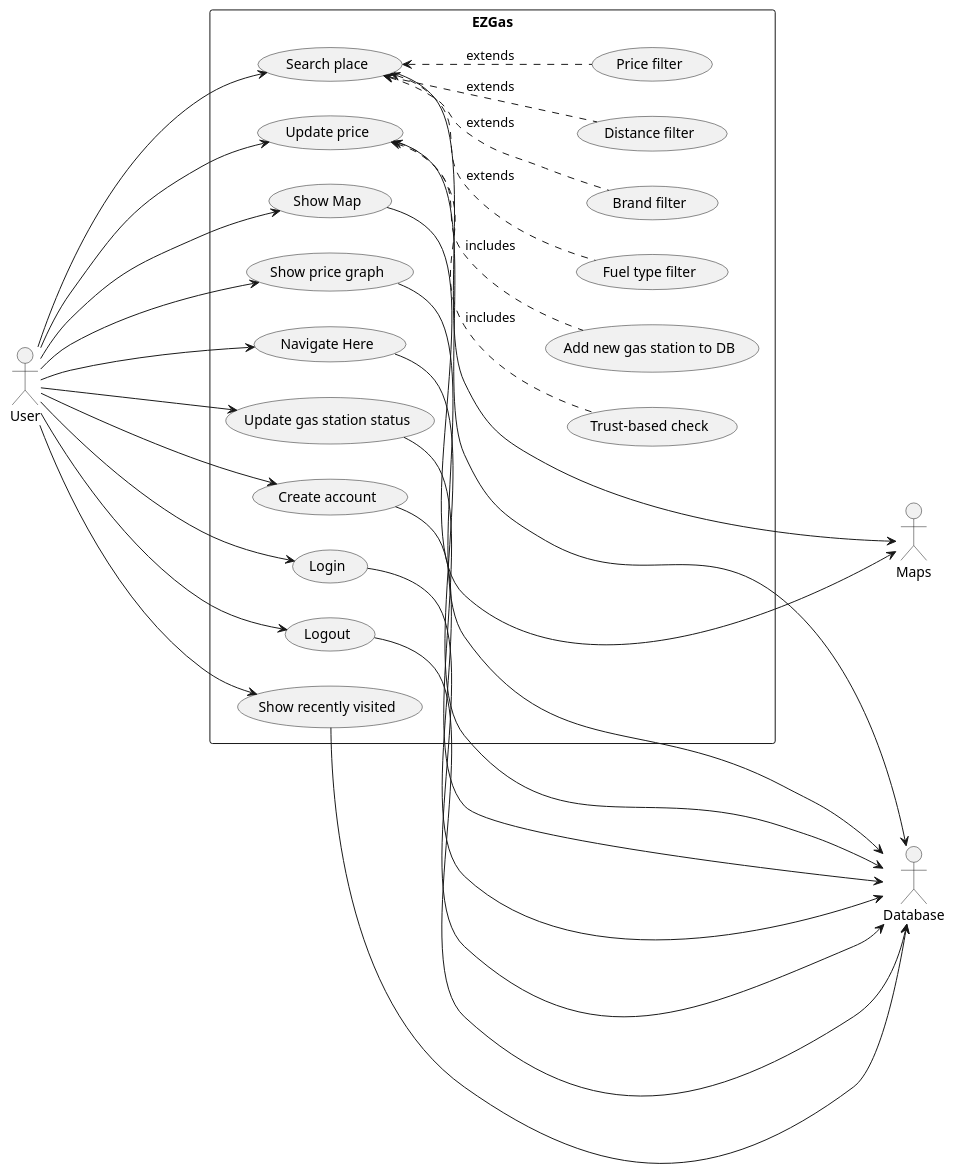
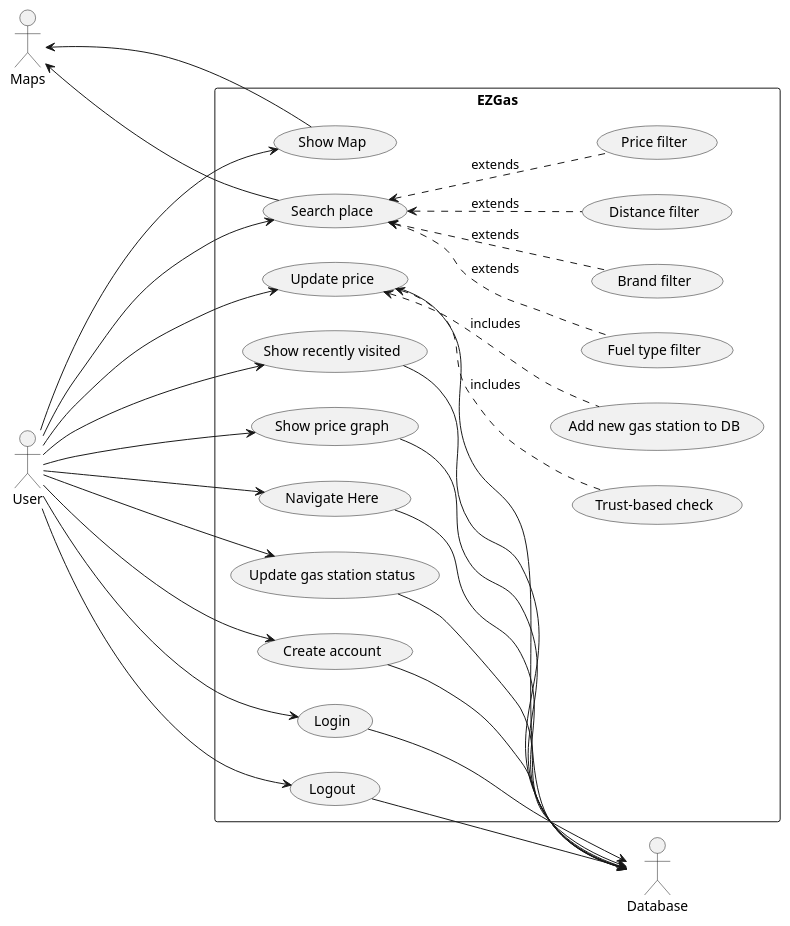
Before and after one commit to e-caste/SoftEng-EZGas: the second of 4 diagrams in docs/RequirementsDocument.md, drawn with PlantUML.

Commit message:
Modified UC diagram for readability

````diff
--- a/docs/RequirementsDocument.md
+++ b/docs/RequirementsDocument.md
@@ -110,56 +110,56 @@
 ```plantuml
 @startuml
 
 left to right direction
 actor User as U
 actor Database as DB
 actor Maps as M
 rectangle EZGas {
     usecase "Show Map" as FR1
     usecase "Search place" as FR2
     usecase "Distance filter" as FR2.1
     usecase "Price filter" as FR2.2
     usecase "Fuel type filter" as FR2.3
     usecase "Brand filter" as FR2.4
     usecase "Show recently visited" as FR3
     usecase "Update price" as FR4
     usecase "Trust-based check" as FR4.1
     usecase "Add new gas station to DB" as FR4.2
     usecase "Show price graph" as FR5
     usecase "Navigate Here" as FR6
     usecase "Update gas station status" as FR7
     usecase "Create account" as FR8
     usecase "Login" as FR8.1
     usecase "Logout" as FR8.2
 }
 
 U ----> FR1
 U --> FR2
 U --> FR3
 U --> FR4
 U --> FR5
 U --> FR6
 U --> FR7
 U --> FR8
 U --> FR8.1
 U --> FR8.2
 
-FR1 ---> M
-FR2 ----> M
+FR1 -up-> M
+FR2 ---up-> M
 FR2 <-. FR2.1 : extends
 FR2 <-. FR2.2 : extends
 FR2 <-. FR2.3 : extends
 FR2 <-. FR2.4 : extends
-FR3 ---> DB
-FR4 ---> DB
+FR3 --> DB
+FR4 --> DB
 FR4 <-. FR4.1  : includes
 FR4 <-. FR4.2 : includes
-FR5 ----> DB
-FR6 ---> DB
-FR7 ---> DB
-FR8 ---> DB
-FR8.1 ---> DB
-FR8.2 ---> DB
+FR5 --> DB
+FR6 --> DB
+FR7 --> DB
+FR8 --> DB
+FR8.1 --> DB
+FR8.2 --> DB
 
 @enduml
 ```
````
